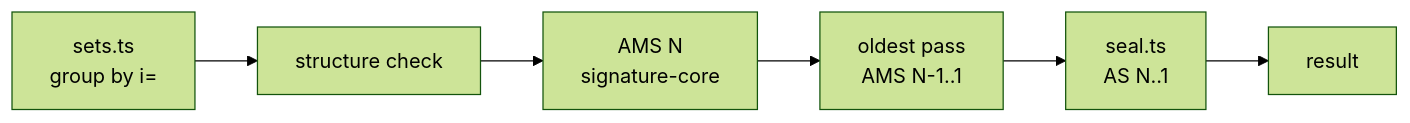
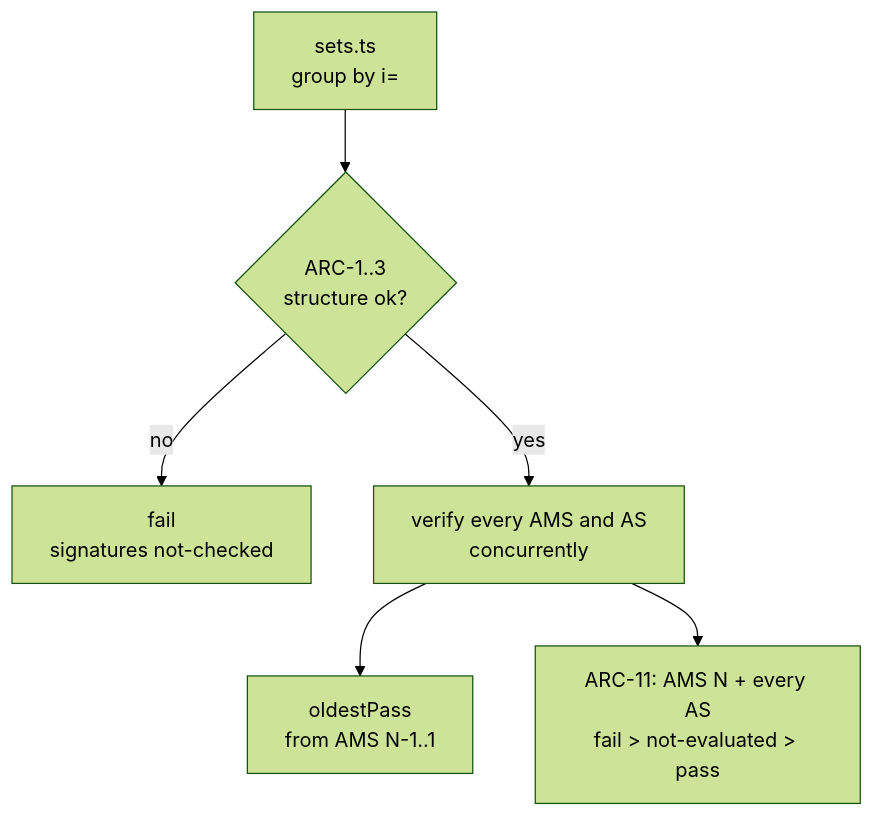
Before and after one commit to photom/benchside: the second of 3 diagrams in docs/explanation/mail-design/arc.md, drawn with Mermaid (forest theme). The commit also changed other lines of this file and 6 other files, not shown here.

````diff
--- a/docs/explanation/mail-design/arc.md
+++ b/docs/explanation/mail-design/arc.md
@@ -7,8 +23,8 @@
 ```mermaid
-flowchart LR
-  g["sets.ts<br/>group by i="] --> s[structure check]
-  s --> ams["AMS N<br/>signature-core"]
-  ams --> old["oldest pass<br/>AMS N-1..1"]
-  old --> seal["seal.ts<br/>AS N..1"]
-  seal --> res[result]
+flowchart TD
+  g["sets.ts<br/>group by i="] --> s{"ARC-1..3<br/>structure ok?"}
+  s -->|no| out1["fail<br/>signatures not-checked"]
+  s -->|yes| all["verify every AMS and AS<br/>concurrently"]
+  all --> old["oldestPass<br/>from AMS N-1..1"]
+  all --> comb["ARC-11: AMS N + every AS<br/>fail > not-evaluated > pass"]
 ```
````
